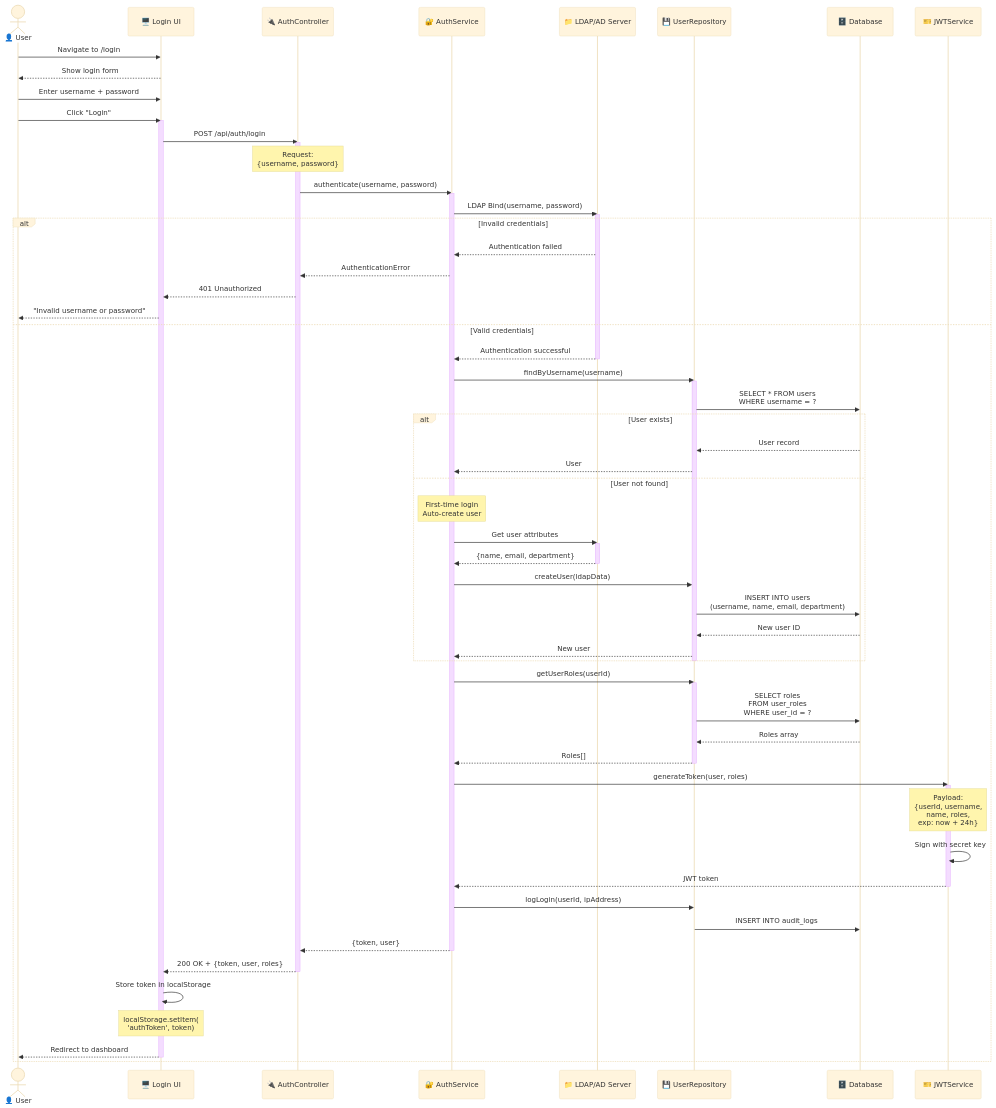
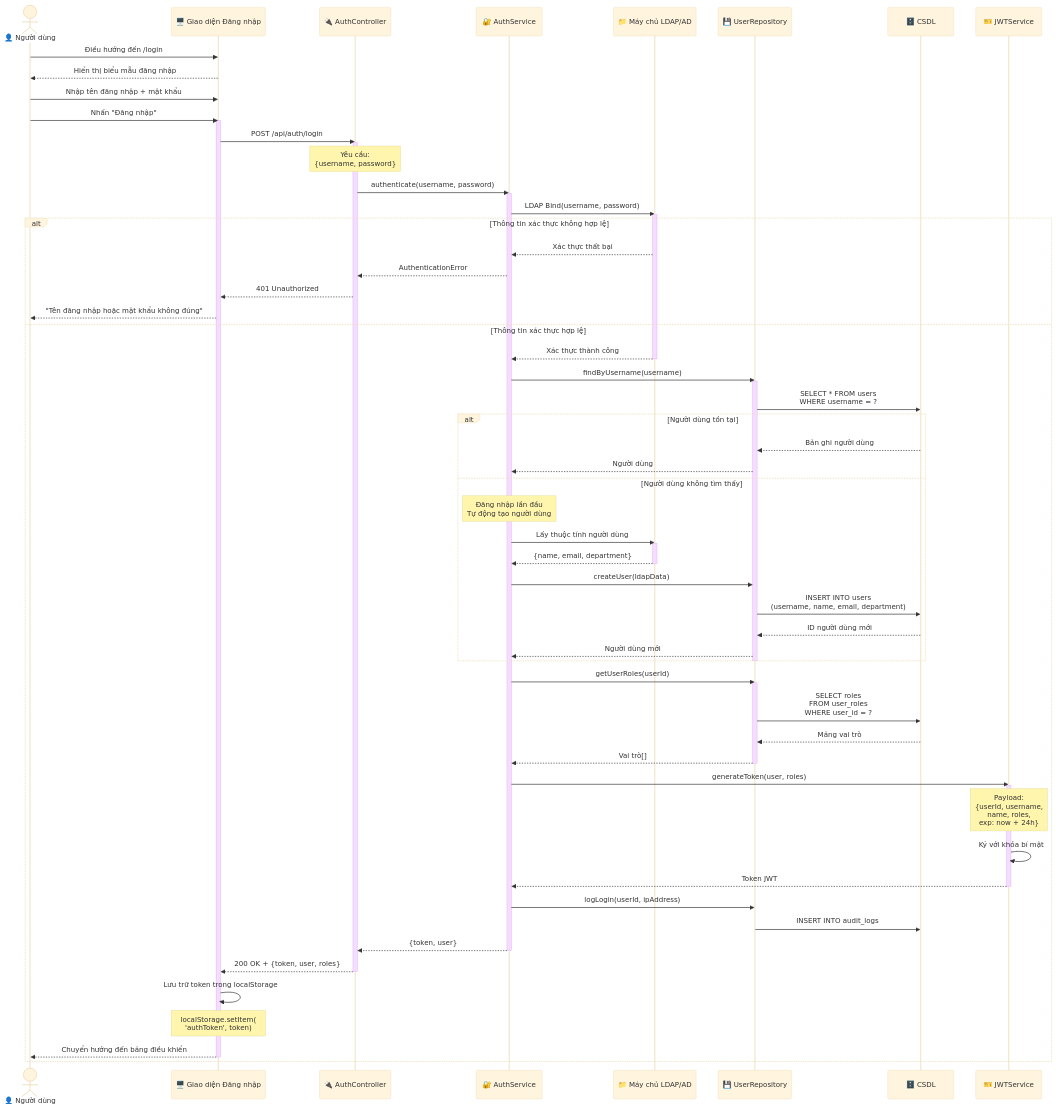
One commit to Ng0cTh4nhk5/ufpms-docs changed the diagram in docs/06_Diagrams/Sequence/seq_authentication.md. Above: the diagram before and after it, drawn with Mermaid (base theme). The commit also changed other lines of this file and 70 other files, not shown here.

````diff
--- a/docs/06_Diagrams/Sequence/seq_authentication.md
+++ b/docs/06_Diagrams/Sequence/seq_authentication.md
@@ -12,86 +12,86 @@
 ```mermaid
 sequenceDiagram
-    actor User as 👤 User
-    participant UI as 🖥️ Login UI
+    actor User as 👤 Người dùng
+    participant UI as 🖥️ Giao diện Đăng nhập
     participant API as 🔌 AuthController
     participant AuthService as 🔐 AuthService
-    participant LDAP as 📁 LDAP/AD Server
+    participant LDAP as 📁 Máy chủ LDAP/AD
     participant UserRepo as 💾 UserRepository
-    participant DB as 🗄️ Database
+    participant DB as 🗄️ CSDL
     participant TokenService as 🎫 JWTService
     
-    %% Open login page
-    User->>UI: Navigate to /login
-    UI-->>User: Show login form
+    %% Mở trang đăng nhập
+    User->>UI: Điều hướng đến /login
+    UI-->>User: Hiển thị biểu mẫu đăng nhập
     
-    %% Enter credentials
-    User->>UI: Enter username + password
-    User->>UI: Click "Login"
+    %% Nhập thông tin xác thực
+    User->>UI: Nhập tên đăng nhập + mật khẩu
+    User->>UI: Nhấn "Đăng nhập"
     
     activate UI
     UI->>API: POST /api/auth/login
     activate API
-    Note over API: Request:<br/>{username, password}
+    Note over API: Yêu cầu:<br/>{username, password}
     
-    %% Authenticate with LDAP
+    %% Xác thực với LDAP
     API->>AuthService: authenticate(username, password)
     activate AuthService
     
     AuthService->>LDAP: LDAP Bind(username, password)
     activate LDAP
     
-    alt Invalid credentials
-        LDAP-->>AuthService: Authentication failed
+    alt Thông tin xác thực không hợp lệ
+        LDAP-->>AuthService: Xác thực thất bại
         AuthService-->>API: AuthenticationError
         API-->>UI: 401 Unauthorized
-        UI-->>User: "Invalid username or password"
-    else Valid credentials
-        LDAP-->>AuthService: Authentication successful
+        UI-->>User: "Tên đăng nhập hoặc mật khẩu không đúng"
+    else Thông tin xác thực hợp lệ
+        LDAP-->>AuthService: Xác thực thành công
         deactivate LDAP
         
-        %% Get or create user
+        %% Lấy hoặc tạo người dùng
         AuthService->>UserRepo: findByUsername(username)
         activate UserRepo
         UserRepo->>DB: SELECT * FROM users<br/>WHERE username = ?
         
-        alt User exists
-            DB-->>UserRepo: User record
-            UserRepo-->>AuthService: User
-        else User not found
-            Note over AuthService: First-time login<br/>Auto-create user
+        alt Người dùng tồn tại
+            DB-->>UserRepo: Bản ghi người dùng
+            UserRepo-->>AuthService: Người dùng
+        else Người dùng không tìm thấy
+            Note over AuthService: Đăng nhập lần đầu<br/>Tự động tạo người dùng
             
-            %% Get user info from LDAP
-            AuthService->>LDAP: Get user attributes
+            %% Lấy thông tin người dùng từ LDAP
+            AuthService->>LDAP: Lấy thuộc tính người dùng
             activate LDAP
             LDAP-->>AuthService: {name, email, department}
             deactivate LDAP
             
             AuthService->>UserRepo: createUser(ldapData)
             UserRepo->>DB: INSERT INTO users<br/>(username, name, email, department)
-            DB-->>UserRepo: New user ID
-            UserRepo-->>AuthService: New user
+            DB-->>UserRepo: ID người dùng mới
+            UserRepo-->>AuthService: Người dùng mới
         end
         deactivate UserRepo
         
-        %% Get user roles
+        %% Lấy vai trò người dùng
         AuthService->>UserRepo: getUserRoles(userId)
         activate UserRepo
         UserRepo->>DB: SELECT roles<br/>FROM user_roles<br/>WHERE user_id = ?
-        DB-->>UserRepo: Roles array
-        UserRepo-->>AuthService: Roles[]
+        DB-->>UserRepo: Mảng vai trò
+        UserRepo-->>AuthService: Vai trò[]
         deactivate UserRepo
         
-        %% Generate JWT token
+        %% Tạo token JWT
         AuthService->>TokenService: generateToken(user, roles)
         activate TokenService
         
         Note over TokenService: Payload:<br/>{userId, username,<br/>name, roles,<br/>exp: now + 24h}
         
-        TokenService->>TokenService: Sign with secret key
-        TokenService-->>AuthService: JWT token
+        TokenService->>TokenService: Ký với khóa bí mật
+        TokenService-->>AuthService: Token JWT
         deactivate TokenService
         
-        %% Log login
+        %% Ghi nhật ký đăng nhập
         AuthService->>UserRepo: logLogin(userId, ipAddress)
         UserRepo->>DB: INSERT INTO audit_logs
         
@@ -101,11 +101,11 @@
         API-->>UI: 200 OK + {token, user, roles}
         deactivate API
         
-        %% Store token
-        UI->>UI: Store token in localStorage
+        %% Lưu trữ token
+        UI->>UI: Lưu trữ token trong localStorage
         Note over UI: localStorage.setItem(<br/>'authToken', token)
         
-        UI-->>User: Redirect to dashboard
+        UI-->>User: Chuyển hướng đến bảng điều khiển
         deactivate UI
     end
 ```
````
